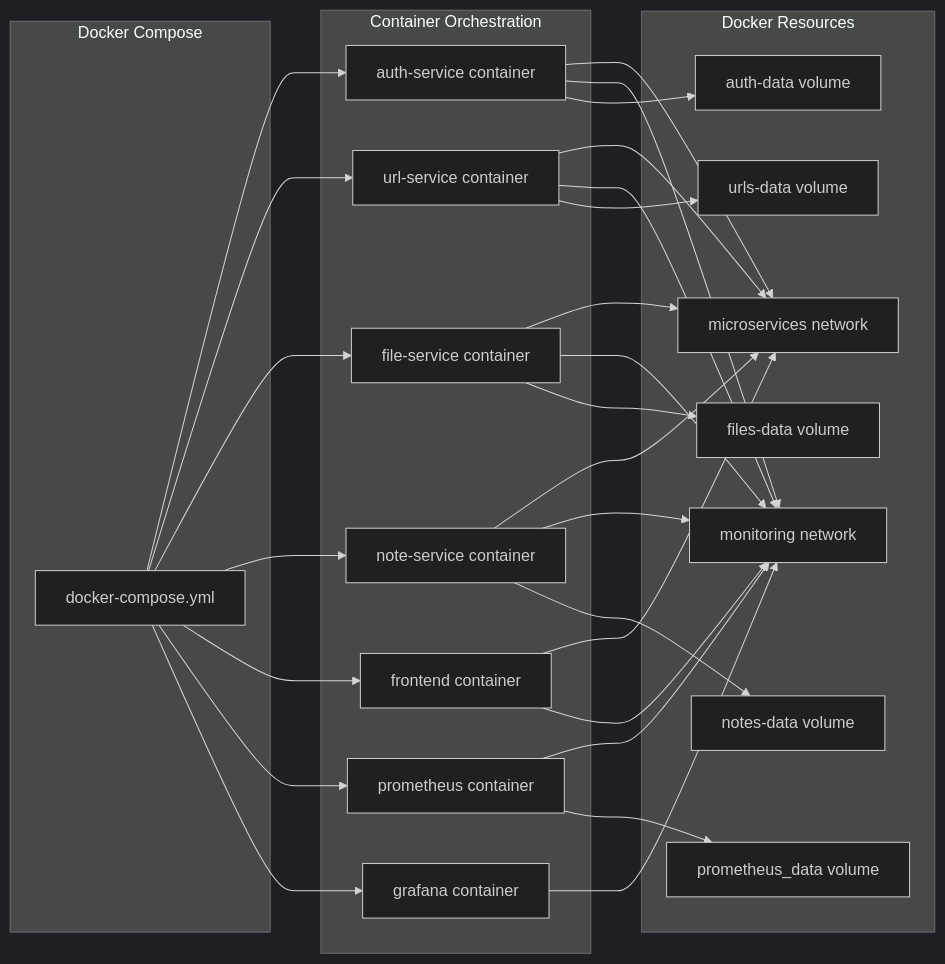
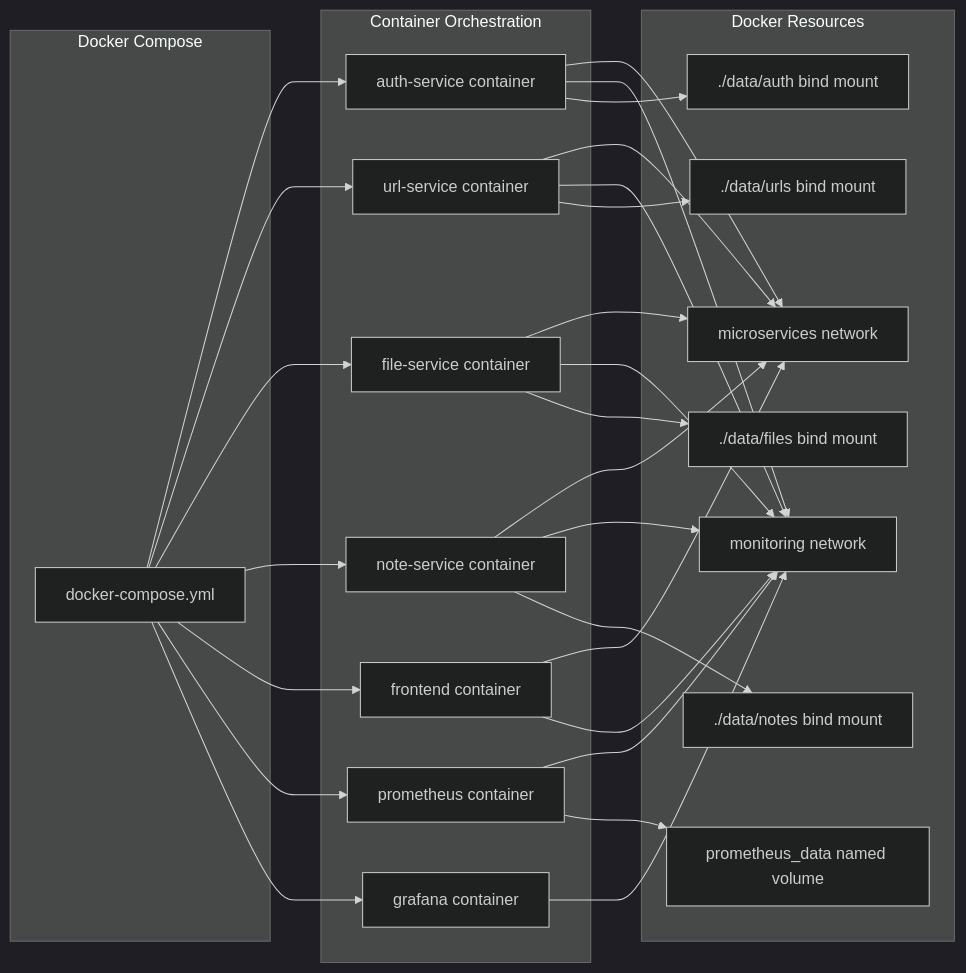
One commit to Joseph-Sameh-0/monitoring-a-containerized-url-shortener-webservice-3 changed the second of 9 diagrams in DEVOPS.md. Above: the diagram before and after it, drawn with Mermaid (dark theme). The commit also changed other lines of this file and 1 other file, not shown here.

Commit message:
ARCHITECTURE.md

````diff
--- a/DEVOPS.md
+++ b/DEVOPS.md
@@ -114,26 +114,26 @@
 ```mermaid
 graph LR
     subgraph "Docker Compose"
         DC[docker-compose.yml]
     end
     
     subgraph "Container Orchestration"
         DC --> C1[auth-service container]
         DC --> C2[url-service container]
         DC --> C3[file-service container]
         DC --> C4[note-service container]
         DC --> C5[frontend container]
         DC --> C6[prometheus container]
         DC --> C7[grafana container]
     end
     
     subgraph "Docker Resources"
         C1 & C2 & C3 & C4 & C5 --> N1[microservices network]
         C1 & C2 & C3 & C4 & C5 & C6 & C7 --> N2[monitoring network]
-        C1 --> V1[auth-data volume]
-        C2 --> V2[urls-data volume]
-        C3 --> V3[files-data volume]
-        C4 --> V4[notes-data volume]
-        C6 --> V5[prometheus_data volume]
+        C1 --> V1[./data/auth bind mount]
+        C2 --> V2[./data/urls bind mount]
+        C3 --> V3[./data/files bind mount]
+        C4 --> V4[./data/notes bind mount]
+        C6 --> V5[prometheus_data named volume]
     end
 ```
````
